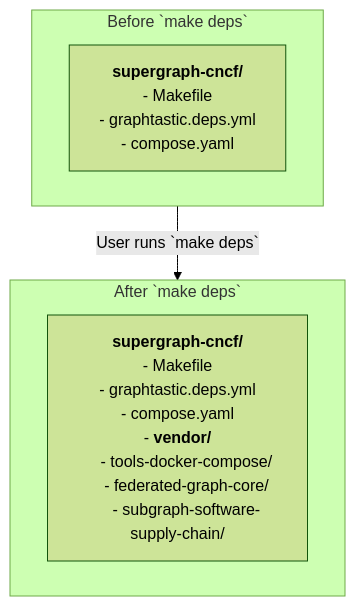
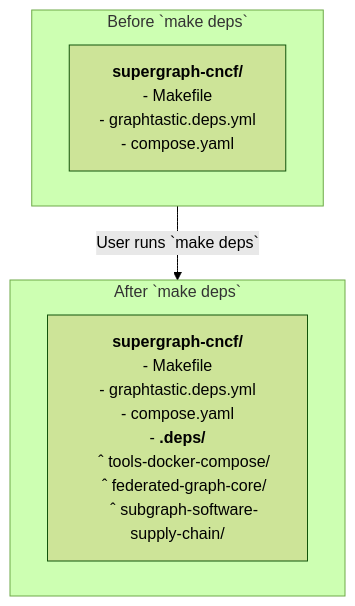
One commit to graphtastic/platform changed the fifth of 8 diagrams in docs/design/tome--graphtastic-platform-docker.md. Above: the diagram before and after it, drawn with Mermaid (forest theme). The commit also changed other lines of this file, not shown here.

Commit message:
docs: tome--graphtastic-platform-docker.md, v8.3

````diff
--- a/docs/design/tome--graphtastic-platform-docker.md
+++ b/docs/design/tome--graphtastic-platform-docker.md
@@ -281,14 +319,14 @@
 ```mermaid
 graph TD
     subgraph "Before `make deps`"
         direction LR
         BeforeState["<b>supergraph-cncf/</b><br/>- Makefile<br/>- graphtastic.deps.yml<br/>- compose.yaml"]
     end
 
     subgraph "After `make deps`"
         direction LR
-        AfterState["<b>supergraph-cncf/</b><br/>- Makefile<br/>- graphtastic.deps.yml<br/>- compose.yaml<br/>- <b>vendor/</b><br/>&nbsp;&nbsp;&nbsp;&nbsp;- tools-docker-compose/<br/>&nbsp;&nbsp;&nbsp;&nbsp;- federated-graph-core/<br/>&nbsp;&nbsp;&nbsp;&nbsp;- subgraph-software-supply-chain/"]
+        AfterState["<b>supergraph-cncf/</b><br/>- Makefile<br/>- graphtastic.deps.yml<br/>- compose.yaml<br/>- <b>.deps/</b><br/>&nbsp;&nbsp;&nbsp;&circ; tools-docker-compose/<br/>&nbsp;&nbsp;&nbsp;&circ; federated-graph-core/<br/>&nbsp;&nbsp;&nbsp;&circ; subgraph-software-supply-chain/"]
     end
 
     BeforeState -- "User runs `make deps`" --> AfterState
 ```
````
